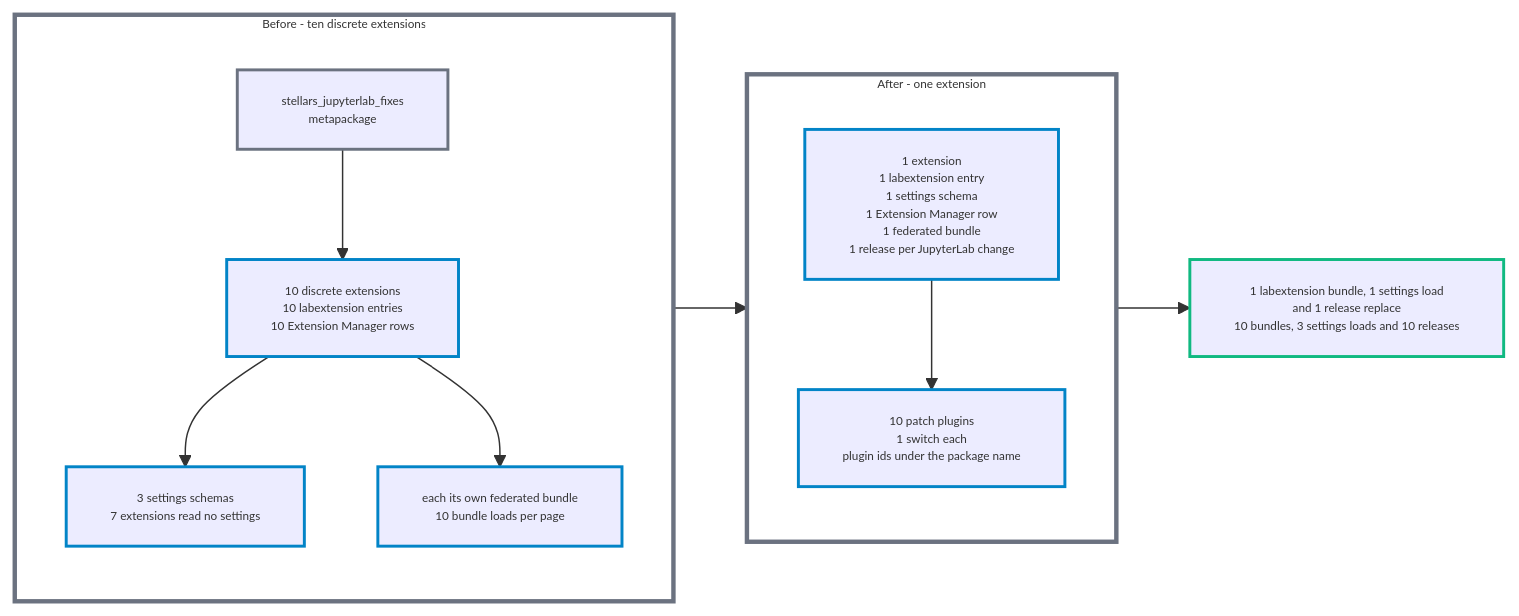
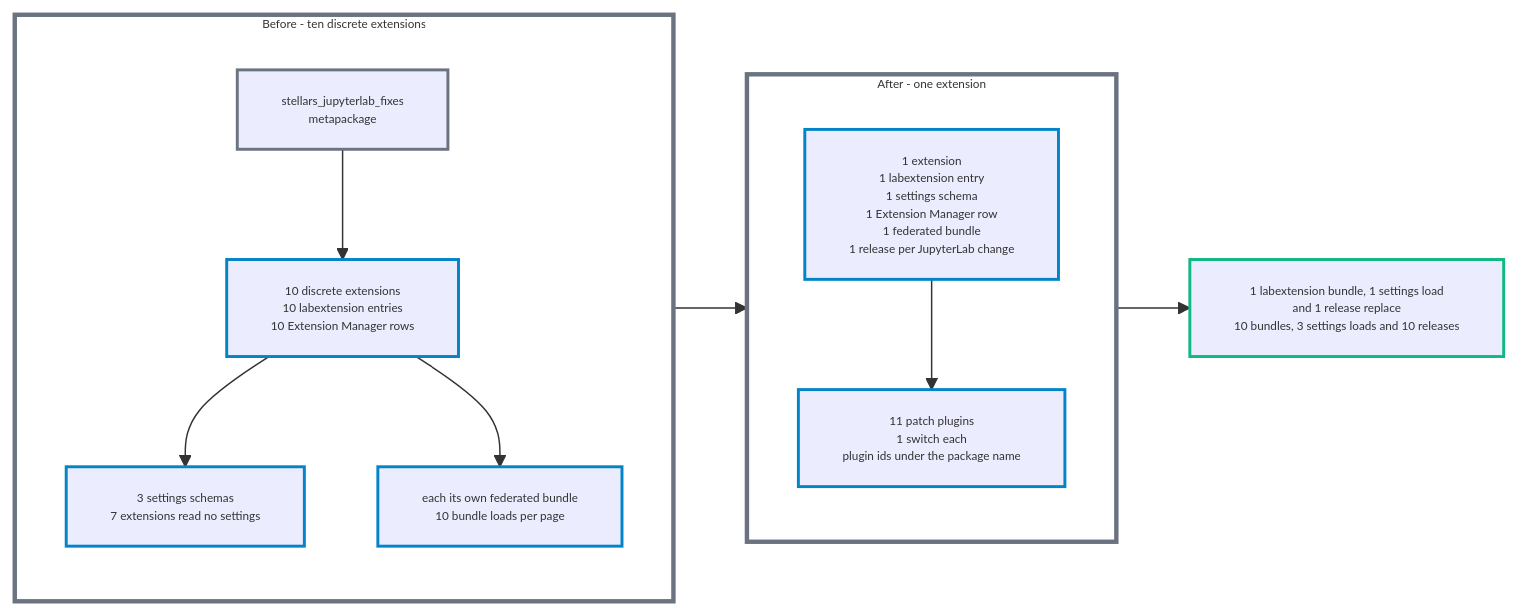
The diagram in README.md (stellarshenson/jupyterlab_core_patches_extension), drawn with Mermaid before and after one commit. The commit also changed other lines of this file and 14 other files, not shown here.

````diff
--- a/README.md
+++ b/README.md
@@ -44,27 +45,27 @@
 ```mermaid
 %%{init: {'themeVariables': {'fontSize': '8px'}, 'themeCSS': '.cluster-label span, .cluster-label text, .edgeLabel span {color:var(--jp-ui-font-color1, var(--vscode-editor-foreground, var(--fgColor-default, #1f2937))); fill:var(--jp-ui-font-color1, var(--vscode-editor-foreground, var(--fgColor-default, #1f2937)))} @media (prefers-color-scheme: dark){.cluster-label span, .cluster-label text, .edgeLabel span {color:var(--jp-ui-font-color1, var(--vscode-editor-foreground, var(--fgColor-default, #e5e7eb))); fill:var(--jp-ui-font-color1, var(--vscode-editor-foreground, var(--fgColor-default, #e5e7eb)))}}'}}%%
 flowchart LR
     subgraph OLD["Before - ten discrete extensions"]
         direction TB
         META[stellars_jupyterlab_fixes<br/>metapackage]:::infra
         TEN[10 discrete extensions<br/>10 labextension entries<br/>10 Extension Manager rows]:::ui
         SCH[3 settings schemas<br/>7 extensions read no settings]:::ui
         BUN[each its own federated bundle<br/>10 bundle loads per page]:::ui
         META --> TEN
         TEN --> SCH
         TEN --> BUN
     end
     subgraph NEW["After - one extension"]
         direction TB
         ONE[1 extension<br/>1 labextension entry<br/>1 settings schema<br/>1 Extension Manager row<br/>1 federated bundle<br/>1 release per JupyterLab change]:::ui
-        PLUG[10 patch plugins<br/>1 switch each<br/>plugin ids under the package name]:::ui
+        PLUG[11 patch plugins<br/>1 switch each<br/>plugin ids under the package name]:::ui
         ONE --> PLUG
     end
     TEN --> ONE
     ONE --> GAIN[1 labextension bundle, 1 settings load<br/>and 1 release replace<br/>10 bundles, 3 settings loads and 10 releases]:::done
     classDef infra stroke:#6b7280,stroke-width:2px
     classDef ui stroke:#0284c7,stroke-width:2px
     classDef done stroke:#10b981,stroke-width:2px
     style OLD fill:none,stroke:#6b7280,stroke-width:3px
     style NEW fill:none,stroke:#6b7280,stroke-width:3px
 ```
````
